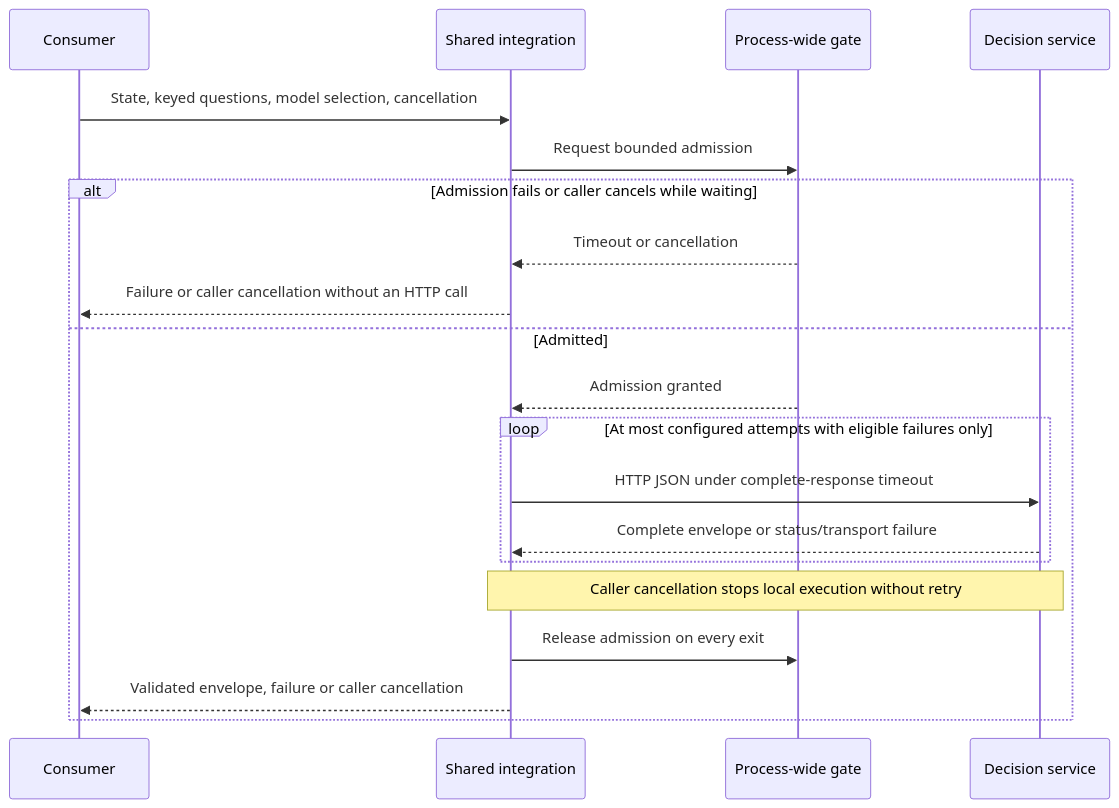
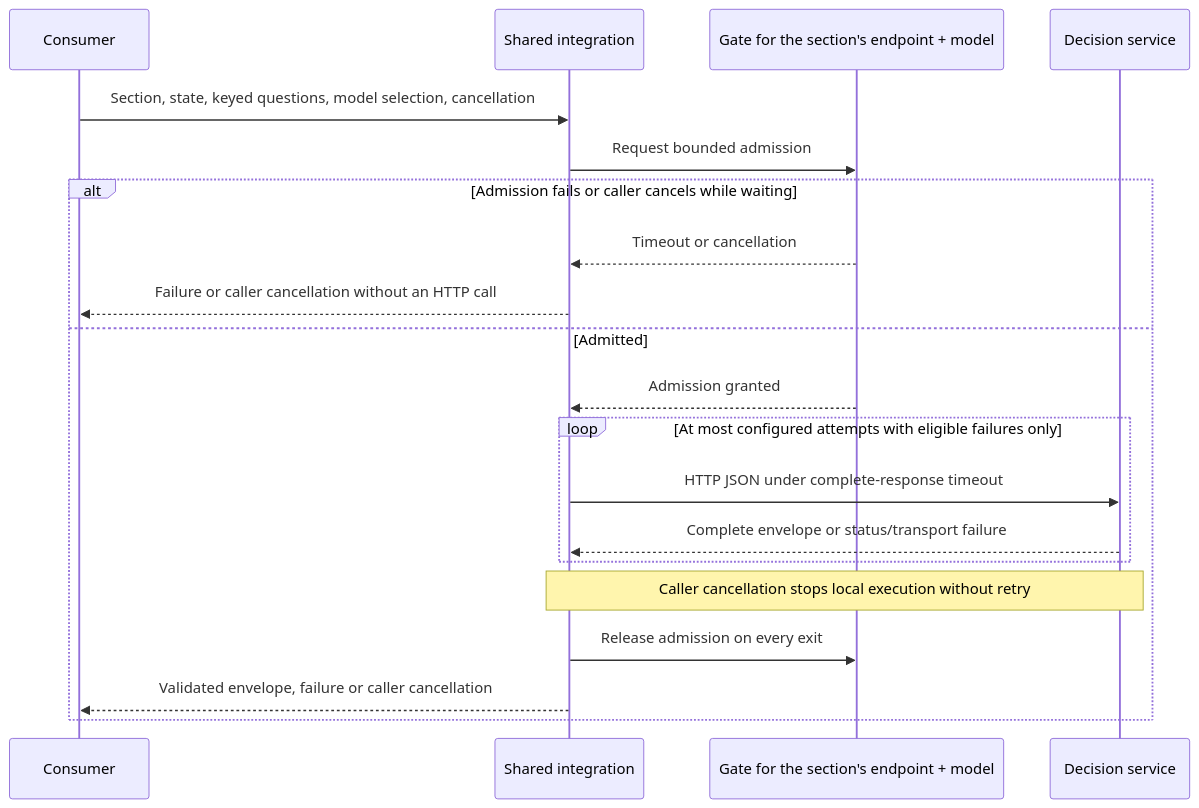
Before and after one commit to generic-automation-and-it/smooth-llm-imposter: the diagram in docs/hlds/015-shared-decision-model-integration/diagrams/sequence-bounded-call.md, drawn with Mermaid. The commit also changed 76 other files, not shown here.

````diff
--- a/docs/hlds/015-shared-decision-model-integration/diagrams/sequence-bounded-call.md
+++ b/docs/hlds/015-shared-decision-model-integration/diagrams/sequence-bounded-call.md
@@ -3,22 +3,22 @@
 ```mermaid
 sequenceDiagram
     participant Consumer
     participant Integration as Shared integration
-    participant Gate as Process-wide gate
+    participant Gate as Gate for the section's endpoint + model
     participant Service as Decision service
-    Consumer->>Integration: State, keyed questions, model selection, cancellation
+    Consumer->>Integration: Section, state, keyed questions, model selection, cancellation
     Integration->>Gate: Request bounded admission
     alt Admission fails or caller cancels while waiting
         Gate-->>Integration: Timeout or cancellation
         Integration-->>Consumer: Failure or caller cancellation without an HTTP call
     else Admitted
         Gate-->>Integration: Admission granted
         loop At most configured attempts with eligible failures only
             Integration->>Service: HTTP JSON under complete-response timeout
             Service-->>Integration: Complete envelope or status/transport failure
         end
         Note over Integration,Service: Caller cancellation stops local execution without retry
         Integration->>Gate: Release admission on every exit
         Integration-->>Consumer: Validated envelope, failure or caller cancellation
     end
 ```
````
